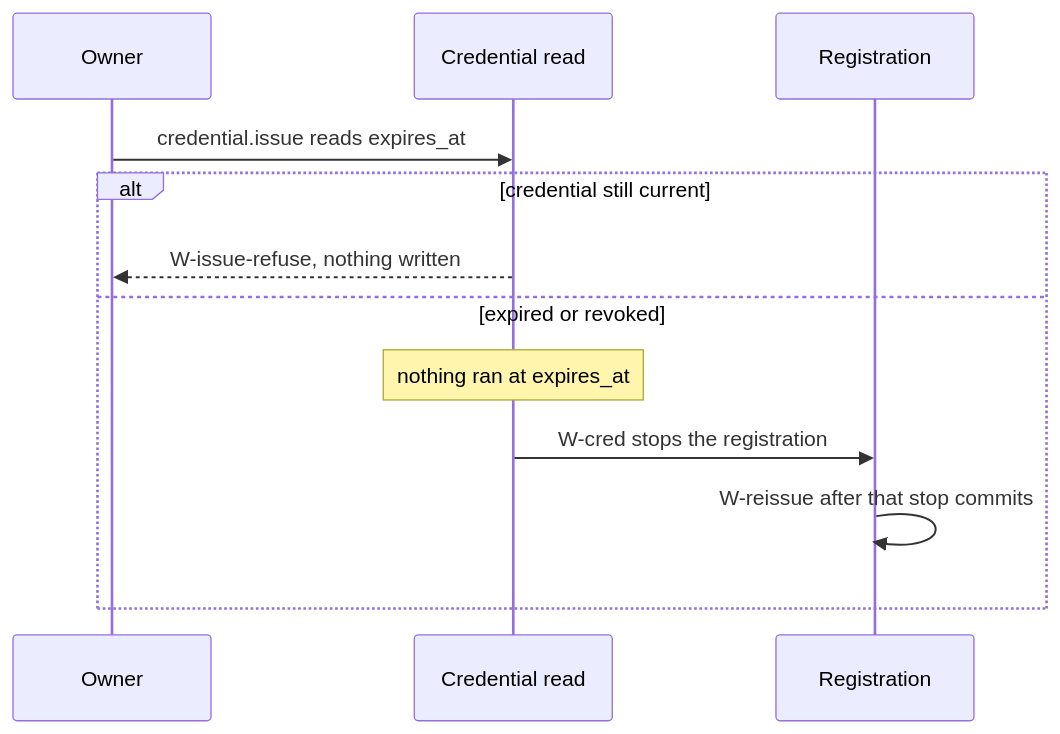
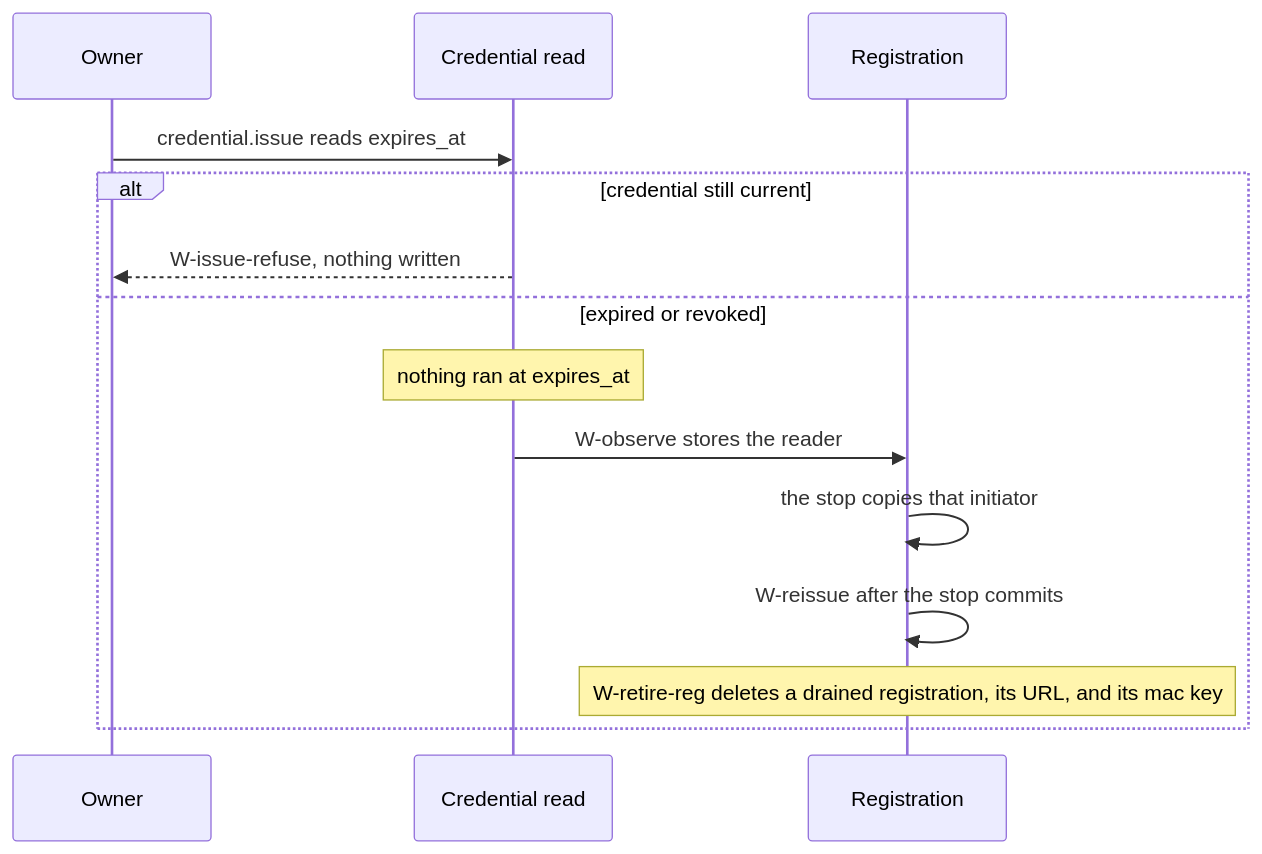
One commit to nessalabs/nessa-agent changed the fifth of 9 diagrams in docs/design/access-grants.md. Above: the diagram before and after it, drawn with Mermaid. The commit also changed other lines of this file, not shown here.

First line of the commit message:
Record a fixed head, a stop initiator, and registration retirement

````diff
--- a/docs/design/access-grants.md
+++ b/docs/design/access-grants.md
@@ -1009,14 +1018,16 @@
 ```mermaid
 sequenceDiagram
   participant Owner
   participant Cred as Credential read
   participant Reg as Registration
   Owner->>Cred: credential.issue reads expires_at
   alt credential still current
     Cred-->>Owner: W-issue-refuse, nothing written
   else expired or revoked
     Note over Cred: nothing ran at expires_at
-    Cred->>Reg: W-cred stops the registration
-    Reg->>Reg: W-reissue after that stop commits
+    Cred->>Reg: W-observe stores the reader
+    Reg->>Reg: the stop copies that initiator
+    Reg->>Reg: W-reissue after the stop commits
+    Note over Reg: W-retire-reg deletes a drained registration, its URL, and its mac key
   end
 ```
````
